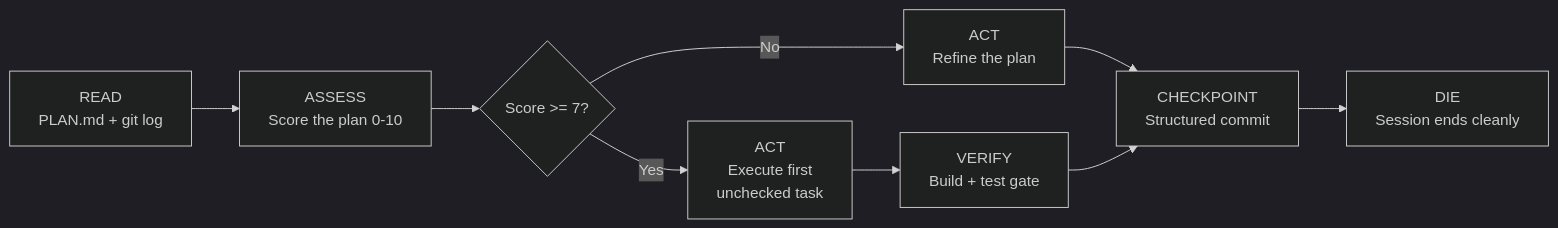
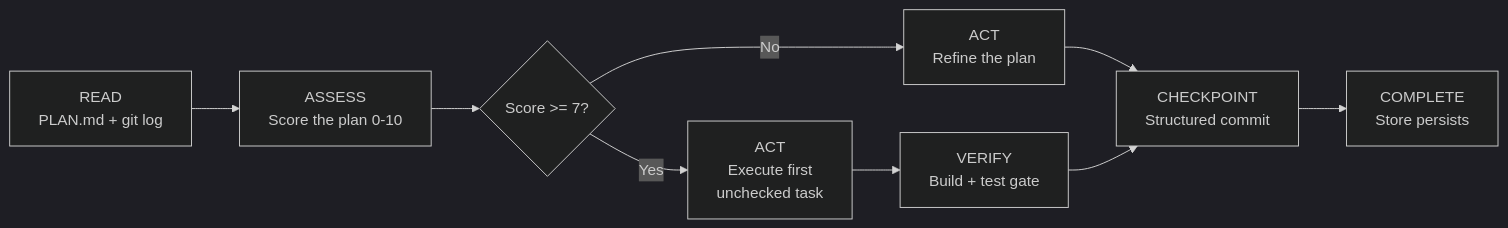
The second of 3 diagrams in guides/vidux/quickstart.md (leojkwan/vidux), drawn with Mermaid (dark theme) before and after one commit. The commit also changed other lines of this file and 15 other files, not shown here.

````diff
--- a/guides/vidux/quickstart.md
+++ b/guides/vidux/quickstart.md
@@ -86,11 +86,11 @@
 ```mermaid
 flowchart LR
     R[READ<br/>PLAN.md + git log] --> A[ASSESS<br/>Score the plan 0-10]
     A --> C{Score >= 7?}
     C -- Yes --> E[ACT<br/>Execute first<br/>unchecked task]
     C -- No --> P[ACT<br/>Refine the plan]
     E --> V[VERIFY<br/>Build + test gate]
     P --> K[CHECKPOINT<br/>Structured commit]
     V --> K
-    K --> D[DIE<br/>Session ends cleanly]
+    K --> D[COMPLETE<br/>Store persists]
 ```
````
